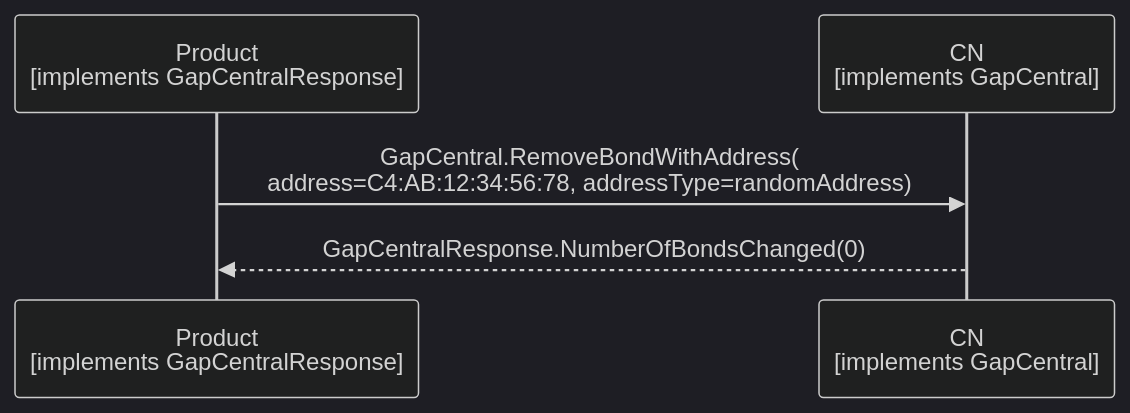
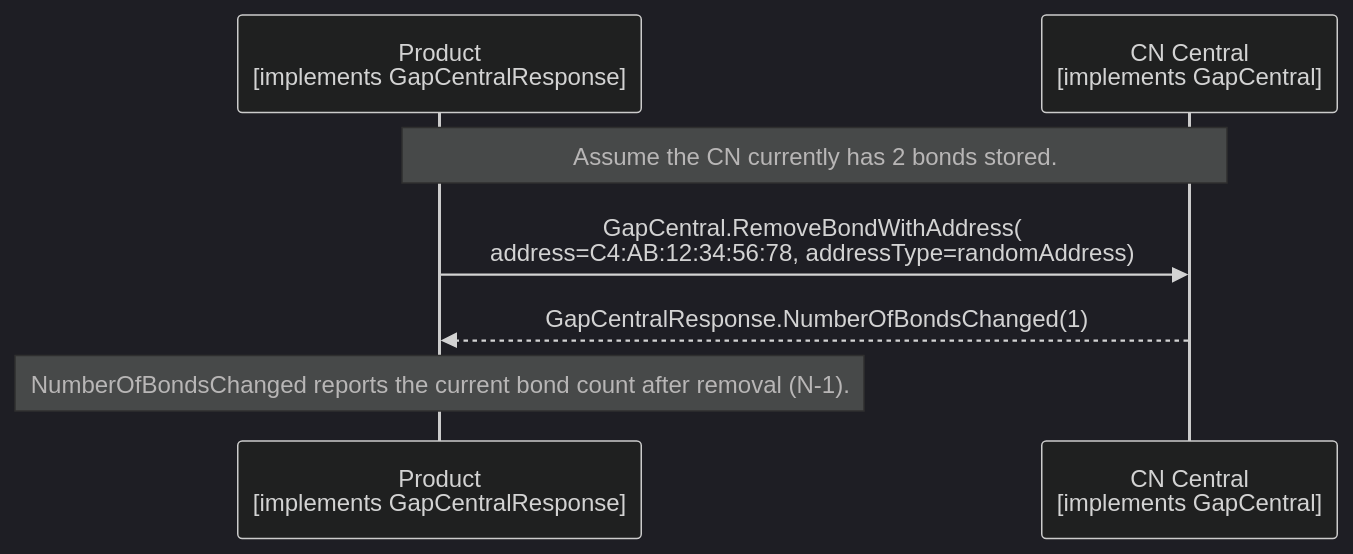
Before and after one commit to philips-software/amp-embedded-infra-lib: the diagram in documents/modules/ROOT/partials/echoservices/gap_central/GapCentral_RemoveBondWithAddress_sequence.mmd, drawn with Mermaid (dark theme). The commit also changed 32 other files, not shown here.

Commit message:
resolve issues with sequence diagrams

```diff
--- a/documents/modules/ROOT/partials/echoservices/gap_central/GapCentral_RemoveBondWithAddress_sequence.mmd
+++ b/documents/modules/ROOT/partials/echoservices/gap_central/GapCentral_RemoveBondWithAddress_sequence.mmd
@@ -1,5 +1,10 @@
 sequenceDiagram
     participant Product as Product<br>[implements GapCentralResponse]
-    participant CN as CN<br>[implements GapCentral]
+    participant CN as CN Central<br>[implements GapCentral]
+
+    Note over Product, CN: Assume the CN currently has 2 bonds stored.
+
     Product->>CN: GapCentral.RemoveBondWithAddress(<br>address=C4:AB:12:34:56:78, addressType=randomAddress)
-    CN-->>Product: GapCentralResponse.NumberOfBondsChanged(0)
+    CN-->>Product: GapCentralResponse.NumberOfBondsChanged(1)
+
+    Note over Product: NumberOfBondsChanged reports the current bond count after removal (N-1).
```
